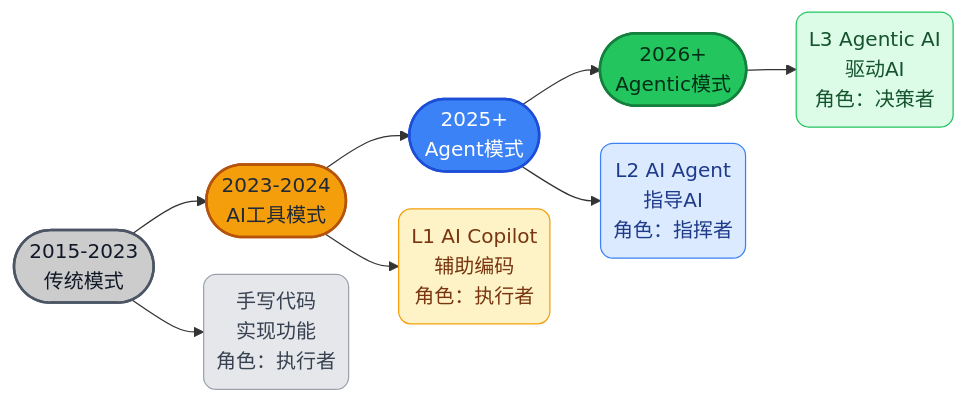
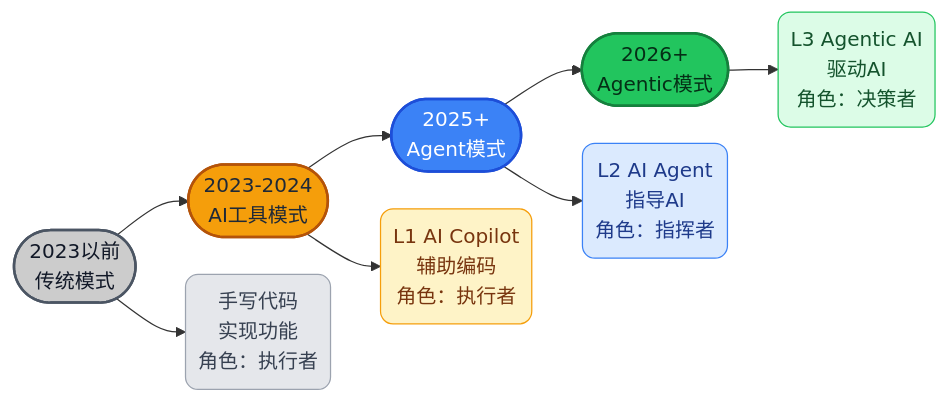
The first of 5 diagrams in start-here/Why-Programmers-35-Plus-Are-Thriving-in-AI-Era.md (microwind/algorithms), drawn with Mermaid before and after one commit. The commit also changed other lines of this file, not shown here.

````diff
--- a/start-here/Why-Programmers-35-Plus-Are-Thriving-in-AI-Era.md
+++ b/start-here/Why-Programmers-35-Plus-Are-Thriving-in-AI-Era.md
@@ -31,30 +31,30 @@
 ```mermaid
 %%{init: {'flowchart': {'nodeSpacing': 30, 'rankSpacing': 40, 'padding': 10}}}%%
 graph LR
 
     %% ===== 时间线主线 =====
-    P(["2015-2023<br/>传统模式"]) --> Q(["2023-2024<br/>AI工具模式"]) --> R(["2025+<br/>Agent模式"]) --> S(["2026+<br/>Agentic模式"])
+    P(["2023以前<br/>传统模式"]) --> Q(["2023-2024<br/>AI工具模式"]) --> R(["2025+<br/>Agent模式"]) --> S(["2026+<br/>Agentic模式"])
 
     %% ===== 核心能力纵向显示 =====
     P1("手写代码<br/>实现功能<br/>角色：执行者")
     Q1("L1 AI Copilot<br/>辅助编码<br/>角色：执行者")
     R1("L2 AI Agent<br/>指导AI<br/>角色：指挥者")
     S1("L3 Agentic AI<br/>驱动AI<br/>角色：决策者")
 
     P --> P1
     Q --> Q1
     R --> R1
     S --> S1
 
     %% ===== 主节点（更深色，更突出阶段）=====
     style P fill:#ccc,stroke:#4B5563,color:#111827,stroke-width:2px,rx:12,ry:12
     style Q fill:#F59E0B,stroke:#B45309,color:#1F2937,stroke-width:2px,rx:12,ry:12
     style R fill:#3B82F6,stroke:#1D4ED8,color:#ffffff,stroke-width:2px,rx:12,ry:12
     style S fill:#22C55E,stroke:#15803D,color:#052e16,stroke-width:2px,rx:12,ry:12
 
     %% ===== 子节点（同色系浅色，形成层级）=====
     style P1 fill:#E5E7EB,stroke:#9CA3AF,color:#374151,rx:10,ry:10
     style Q1 fill:#FEF3C7,stroke:#F59E0B,color:#78350F,rx:10,ry:10
     style R1 fill:#DBEAFE,stroke:#3B82F6,color:#1E3A8A,rx:10,ry:10
     style S1 fill:#DCFCE7,stroke:#22C55E,color:#14532D,rx:10,ry:10
 ```
````
